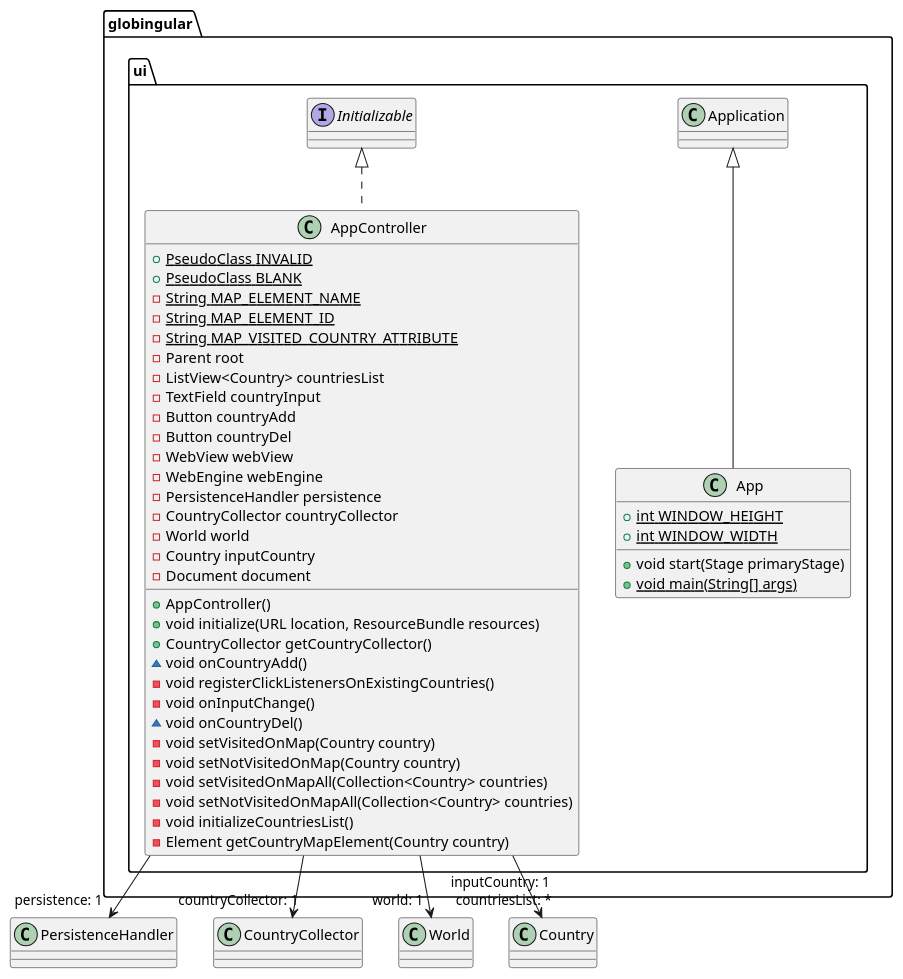
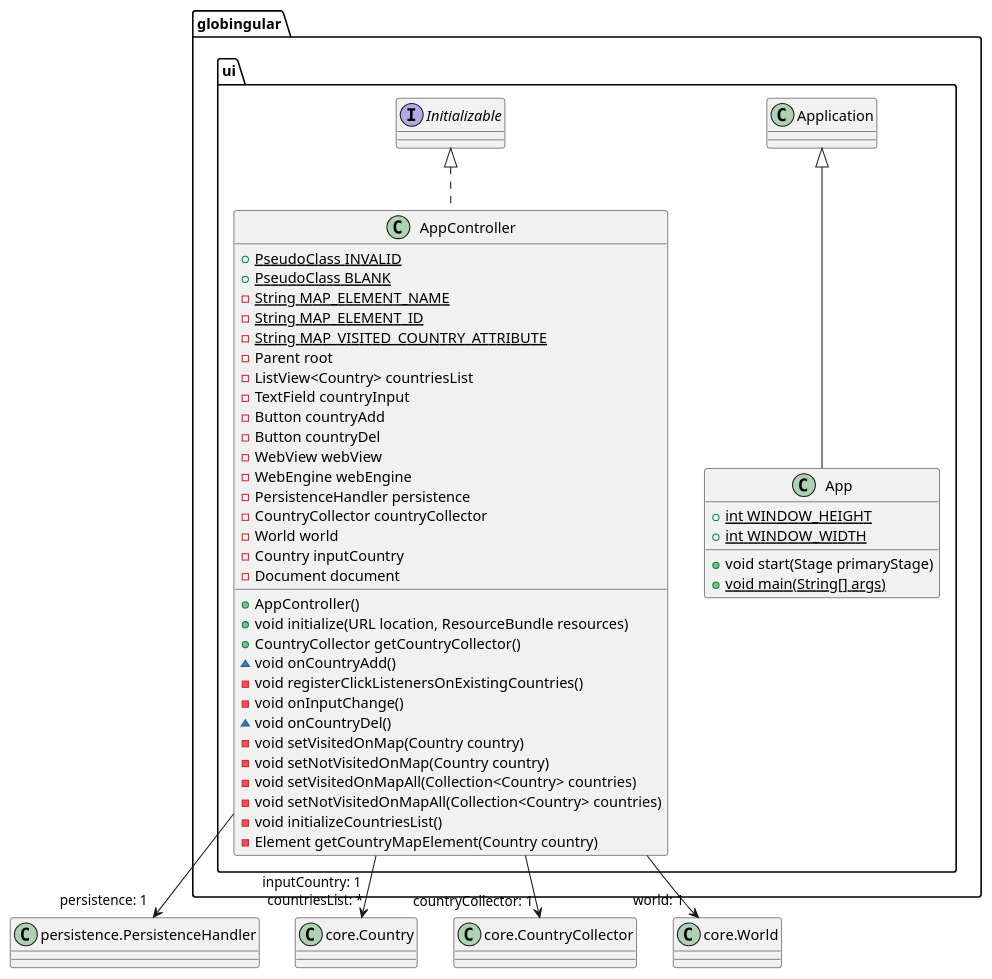
Before and after one commit to dotClique/globingular: the diagram in globingular/ui/diagrams/classes.puml, drawn with PlantUML.

Commit message:
Add module name to classes referenced outside module

```diff
--- a/globingular/ui/diagrams/classes.puml
+++ b/globingular/ui/diagrams/classes.puml
@@ -1,57 +1,69 @@
 @startuml classes_ui
 
 package globingular.ui {
 	class App [[java:globingular.ui.App]] {
 		+{static}int WINDOW_HEIGHT
 		+{static}int WINDOW_WIDTH
 		+void start(Stage primaryStage)
 		+{static}void main(String[] args)
 	}
 	class Application [[java:com.apple.eawt.Application]] {
 	}
 	Application <|-- App
 	
 	
 	class AppController [[java:globingular.ui.AppController]] {
 		+{static}PseudoClass INVALID
 		+{static}PseudoClass BLANK
 		-{static}String MAP_ELEMENT_NAME
 		-{static}String MAP_ELEMENT_ID
 		-{static}String MAP_VISITED_COUNTRY_ATTRIBUTE
 		-Parent root
 		-ListView<Country> countriesList
 		-TextField countryInput
 		-Button countryAdd
 		-Button countryDel
 		-WebView webView
 		-WebEngine webEngine
 		-PersistenceHandler persistence
 		-CountryCollector countryCollector
 		-World world
 		-Country inputCountry
 		-Document document
 		+AppController()
 		+void initialize(URL location, ResourceBundle resources)
 		+CountryCollector getCountryCollector()
 		~void onCountryAdd()
 		-void registerClickListenersOnExistingCountries()
 		-void onInputChange()
 		~void onCountryDel()
 		-void setVisitedOnMap(Country country)
 		-void setNotVisitedOnMap(Country country)
 		-void setVisitedOnMapAll(Collection<Country> countries)
 		-void setNotVisitedOnMapAll(Collection<Country> countries)
 		-void initializeCountriesList()
 		-Element getCountryMapElement(Country country)
 	}
 	interface Initializable [[java:org.glassfish.jersey.client.Initializable]] {
 	}
 	Initializable <|.. AppController
 }
 
+class "persistence.PersistenceHandler" as PersistenceHandler {
+}
+
+class "core.Country" as Country {
+}
+
+class "core.CountryCollector" as CountryCollector {
+}
+
+class "core.World" as World {
+}
+
 AppController --> "persistence: 1" PersistenceHandler
 AppController --> "countryCollector: 1" CountryCollector
 AppController --> "world: 1" World
 AppController --> "inputCountry: 1 \n countriesList: *" Country
 
 @enduml
```
